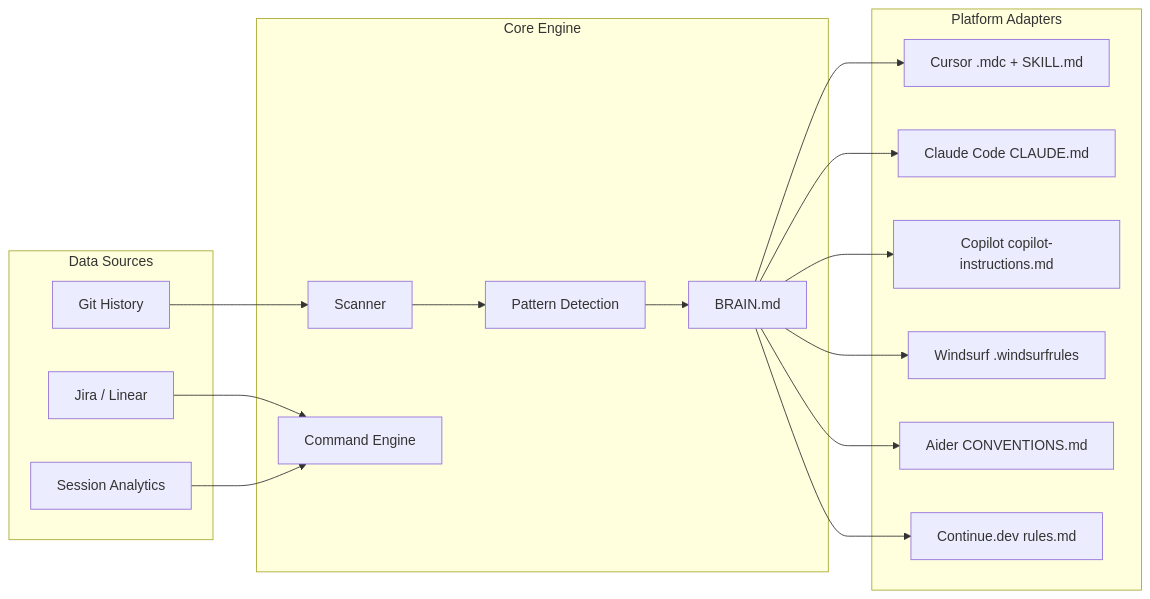
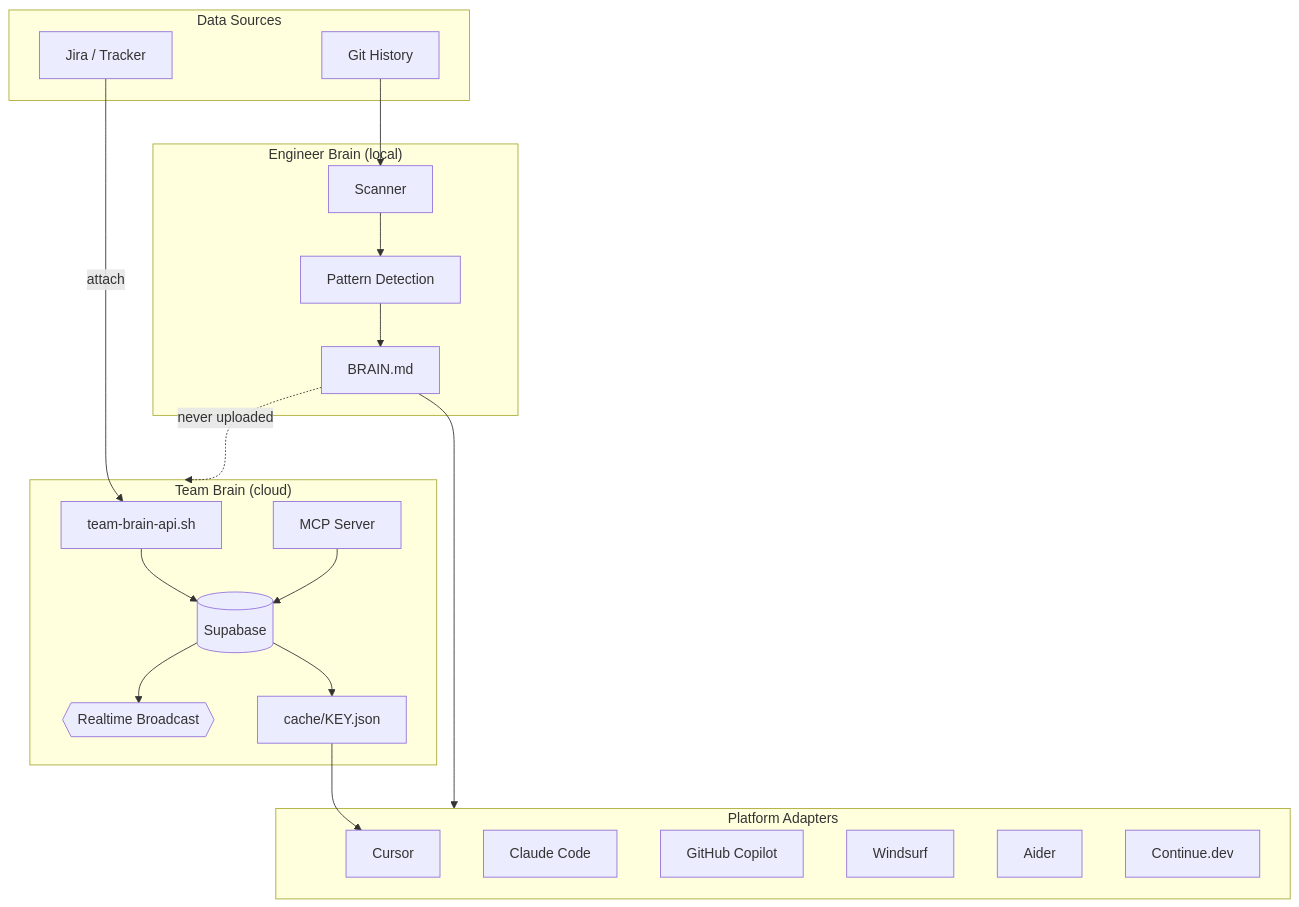
One commit to Hrithik-Gavankar/brainstack changed the fifth of 5 diagrams in README.md. Above: the diagram before and after it, drawn with Mermaid. The commit also changed other lines of this file and 27 other files, not shown here.

````diff
--- a/README.md
+++ b/README.md
@@ -157,36 +257,45 @@
 ```mermaid
-graph LR
-    subgraph "Data Sources"
+graph TB
+    subgraph Sources["Data Sources"]
         GIT[Git History]
-        JIRA[Jira / Linear]
-        SESSION[Session Analytics]
+        JIRA[Jira / Tracker]
     end
 
-    subgraph "Core Engine"
+    subgraph Personal["Engineer Brain (local)"]
         SCAN[Scanner]
         DETECT[Pattern Detection]
         BRAIN[BRAIN.md]
-        CMD[Command Engine]
     end
 
-    subgraph "Platform Adapters"
-        CUR[Cursor .mdc + SKILL.md]
-        CLA[Claude Code CLAUDE.md]
-        COP[Copilot copilot-instructions.md]
-        WIN[Windsurf .windsurfrules]
-        AID[Aider CONVENTIONS.md]
-        CON[Continue.dev rules.md]
+    subgraph Team["Team Brain (cloud)"]
+        API[team-brain-api.sh]
+        SB[(Supabase)]
+        MCP[MCP Server]
+        RT{{Realtime Broadcast}}
+        CACHE["cache/KEY.json"]
+    end
+
+    subgraph Adapters["Platform Adapters"]
+        CUR[Cursor]
+        CLA[Claude Code]
+        COP[GitHub Copilot]
+        WIN[Windsurf]
+        AID[Aider]
+        CON[Continue.dev]
     end
 
     GIT --> SCAN
-    JIRA --> CMD
-    SESSION --> CMD
     SCAN --> DETECT
     DETECT --> BRAIN
-    BRAIN --> CUR
-    BRAIN --> CLA
-    BRAIN --> COP
-    BRAIN --> WIN
-    BRAIN --> AID
-    BRAIN --> CON
+    
+    JIRA -->|attach| API
+    API --> SB
+    MCP --> SB
+    SB --> RT
+    SB --> CACHE
+    
+    BRAIN --> Adapters
+    CACHE --> CUR
+    
+    BRAIN -.->|"never uploaded"| Team
 ```
````
